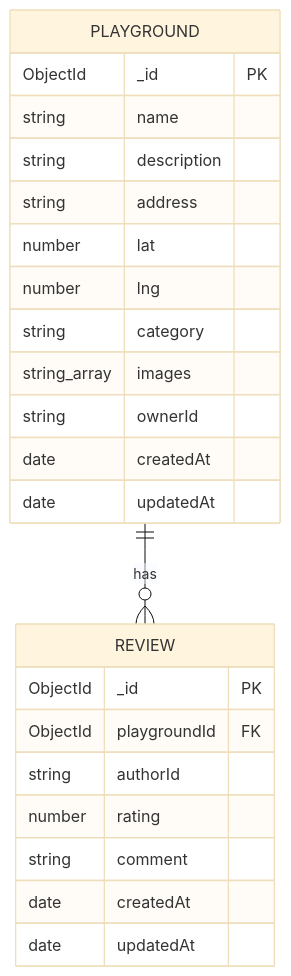
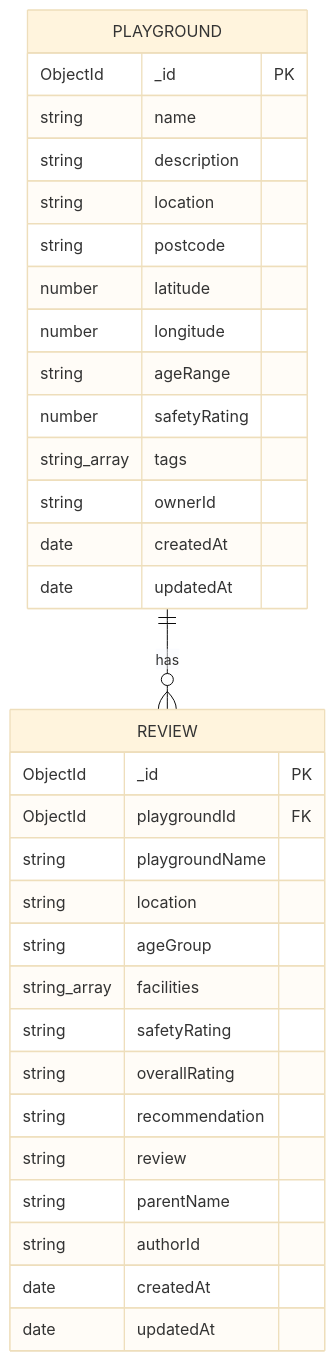
The diagram in README.md (i-chieh-liu-88/SpielSpot-v2), drawn with Mermaid (base theme) before and after one commit. The commit also changed 7 other files, not shown here.

````diff
--- a/README.md
+++ b/README.md
@@ -68,26 +68,35 @@
 ```mermaid
 erDiagram
   PLAYGROUND ||--o{ REVIEW : has
   PLAYGROUND {
     ObjectId _id PK
     string name
     string description
-    string address
-    number lat
-    number lng
-    string category
-    string_array images
+    string location
+    string postcode
+    number latitude
+    number longitude
+    string ageRange
+    number safetyRating
+    string_array tags
     string ownerId
     date createdAt
     date updatedAt
   }
   REVIEW {
     ObjectId _id PK
     ObjectId playgroundId FK
+    string playgroundName
+    string location
+    string ageGroup
+    string_array facilities
+    string safetyRating
+    string overallRating
+    string recommendation
+    string review
+    string parentName
     string authorId
-    number rating
-    string comment
     date createdAt
     date updatedAt
   }
 ```
````
